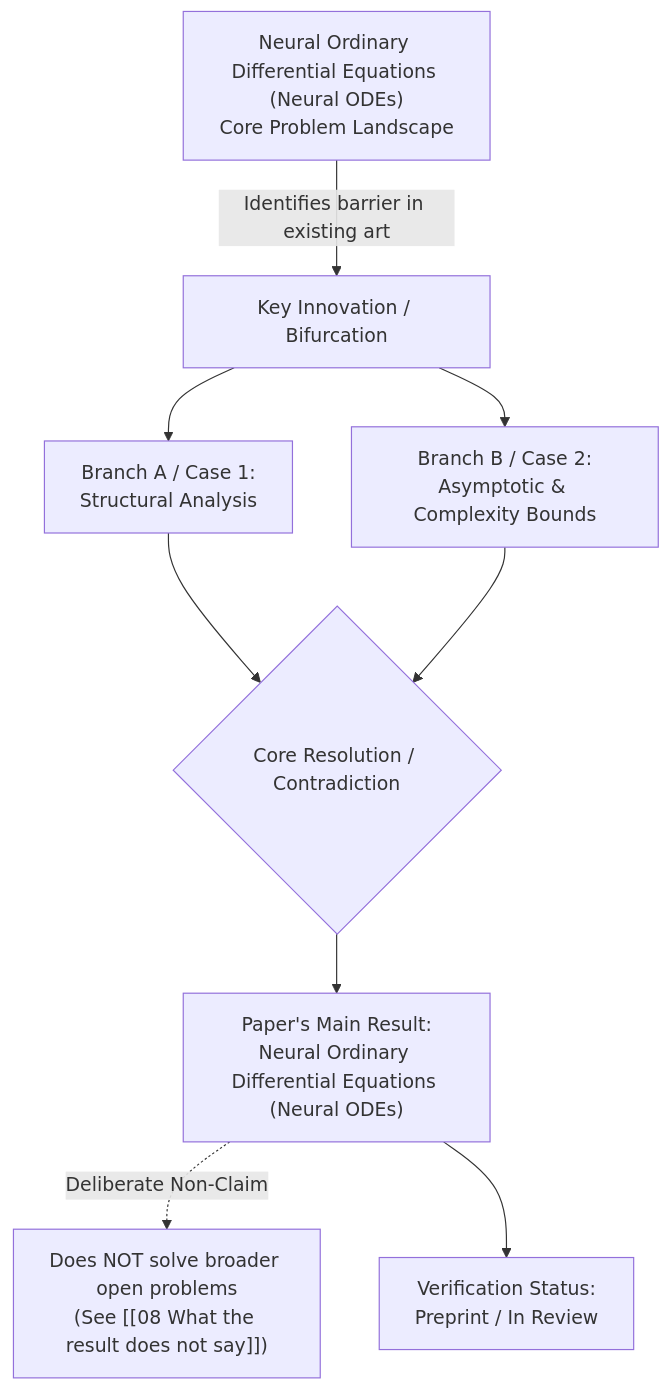
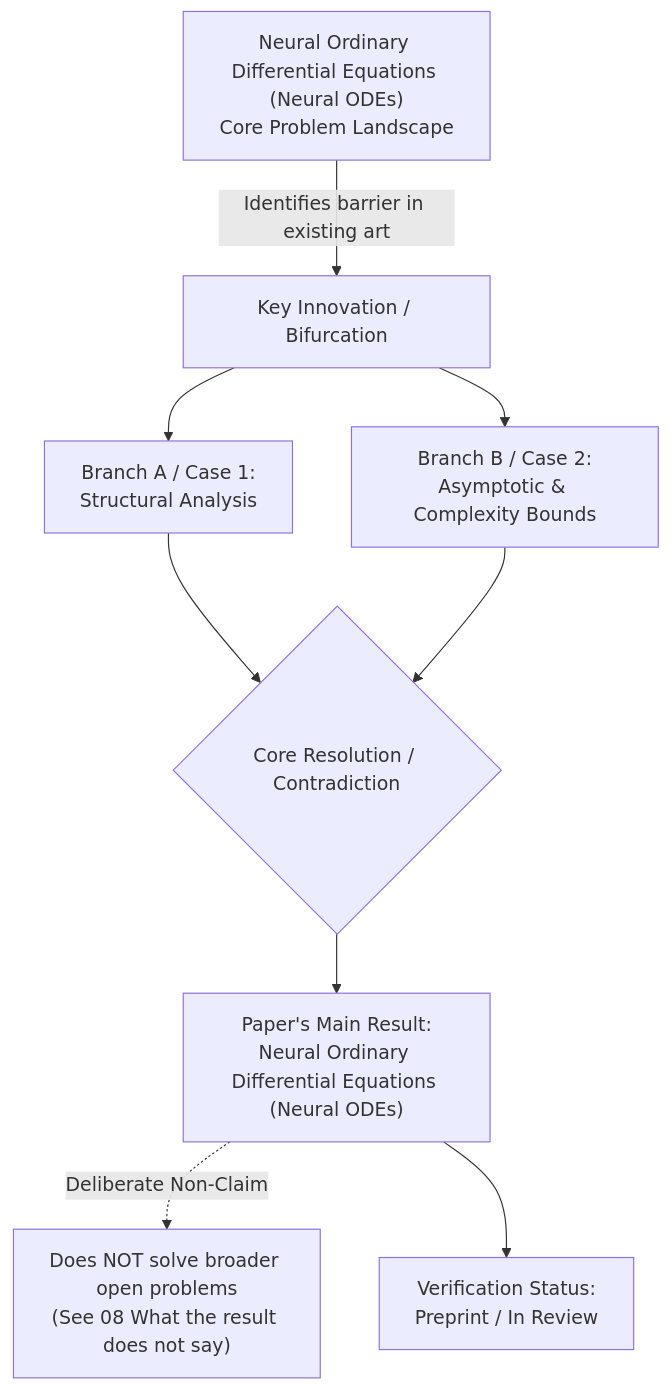
One commit to sanchitnis/paper-reading changed the diagram in vaults/11_neural_odes_neurips2018_best-vault/01 Big picture.md. Above: the diagram before and after it, drawn with Mermaid. The commit also changed 141 other files, not shown here.

````diff
--- a/vaults/11_neural_odes_neurips2018_best-vault/01 Big picture.md
+++ b/vaults/11_neural_odes_neurips2018_best-vault/01 Big picture.md
@@ -7,11 +7,11 @@
 ```mermaid
 flowchart TD
     A["Neural Ordinary Differential Equations (Neural ODEs)<br/>Core Problem Landscape"] -->|"Identifies barrier in existing art"| B["Key Innovation / Bifurcation"]
     B --> C["Branch A / Case 1:<br/>Structural Analysis"]
     B --> D["Branch B / Case 2:<br/>Asymptotic & Complexity Bounds"]
     C --> E{"Core Resolution / Contradiction"}
     D --> E
     E --> F["Paper's Main Result:<br/>Neural Ordinary Differential Equations (Neural ODEs)"]
-    F -.->|"Deliberate Non-Claim"| G["Does NOT solve broader open problems<br/>(See [[08 What the result does not say]])"]
+    F -.->|"Deliberate Non-Claim"| G["Does NOT solve broader open problems<br/>(See 08 What the result does not say)"]
     F --> H["Verification Status:<br/>Preprint / In Review"]
 ```
````
